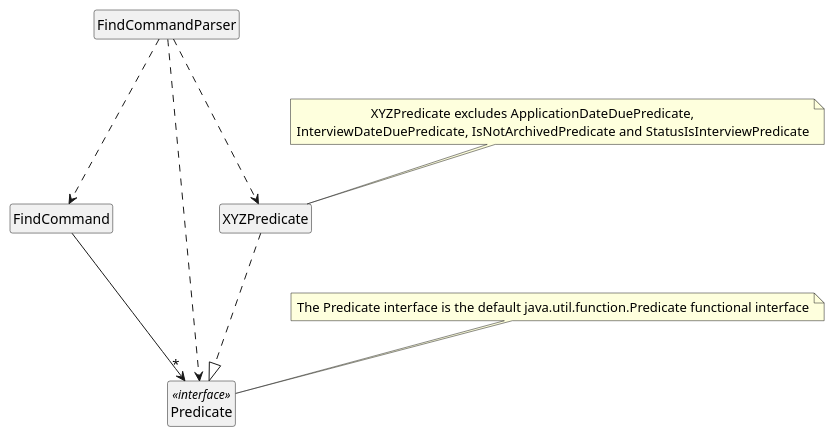
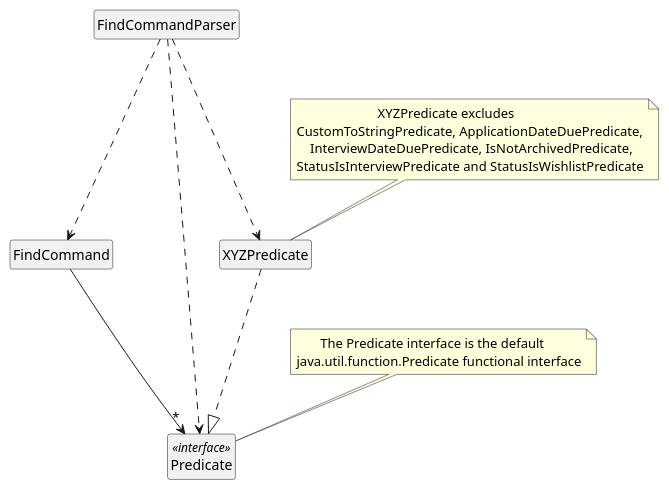
The diagram in docs/diagrams/FindClassDiagram.puml (wxwxwxwx9/main), drawn with PlantUML before and after one commit. The commit also changed 1 other file, not shown here.

Commit message:
Update notes in find class diagram

```diff
--- a/docs/diagrams/FindClassDiagram.puml
+++ b/docs/diagrams/FindClassDiagram.puml
@@ -1,40 +1,43 @@
 @startuml
 
 hide circle
 hide empty members
 skinparam classAttributeIconSize 0
 
 Class FindCommandParser {
 
 }
 
 Class FindCommand {
 
 }
 
 Class Predicate <<interface>> {
 
 }
 
 Class XYZPredicate {
 
 }
 
 note as N1
-  The Predicate interface is the default java.util.function.Predicate functional interface
+         The Predicate interface is the default
+  java.util.function.Predicate functional interface
 end note
 
 note as N2
-                        XYZPredicate excludes ApplicationDateDuePredicate,
-  InterviewDateDuePredicate, IsNotArchivedPredicate and StatusIsInterviewPredicate
+                            XYZPredicate excludes
+    CustomToStringPredicate, ApplicationDateDuePredicate,
+        InterviewDateDuePredicate, IsNotArchivedPredicate,
+    StatusIsInterviewPredicate and StatusIsWishlistPredicate
 end note
 
 N1 .. Predicate
 N2 .. XYZPredicate
 FindCommandParser ...> XYZPredicate
 FindCommandParser ...> Predicate
 FindCommandParser ...> FindCommand
 FindCommand ---> "*" Predicate
 XYZPredicate ...|> Predicate
 
 @enduml
```
